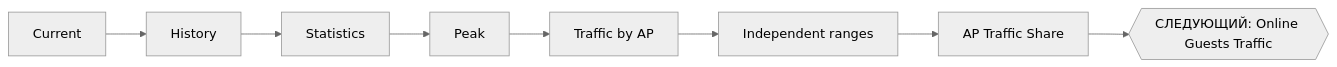
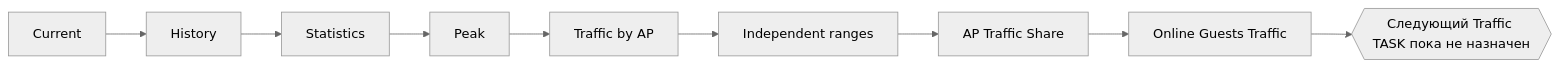
One commit to ZaurNavi/CaptivePortal changed the first of 18 diagrams in README_RU.md. Above: the diagram before and after it, drawn with Mermaid (neutral theme). The commit also changed other lines of this file and 11 other files, not shown here.

````diff
--- a/README_RU.md
+++ b/README_RU.md
@@ -48,6 +48,6 @@
 ```mermaid
 flowchart LR
     T1[Current] --> T2[History] --> T3[Statistics] --> T4[Peak] --> T5[Traffic by AP]
-    T5 --> R[Independent ranges] --> T6[AP Traffic Share]
-    T6 --> T7{{СЛЕДУЮЩИЙ: Online Guests Traffic}}
+    T5 --> R[Independent ranges] --> T6[AP Traffic Share] --> T7[Online Guests Traffic]
+    T7 --> N{{Следующий Traffic TASK пока не назначен}}
 ```
````
